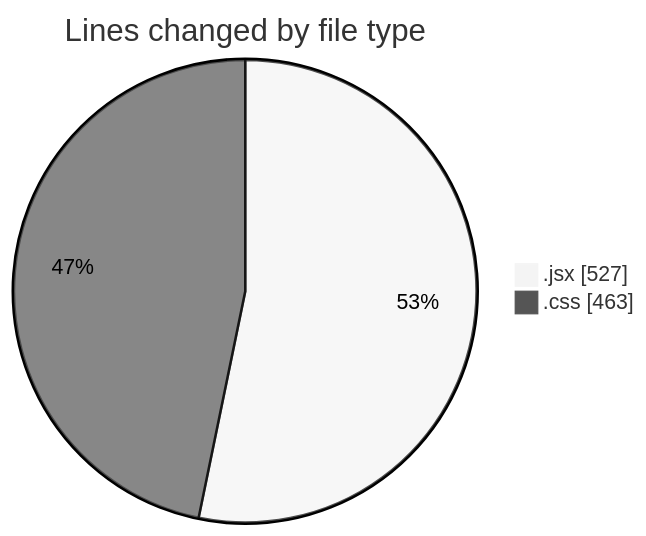
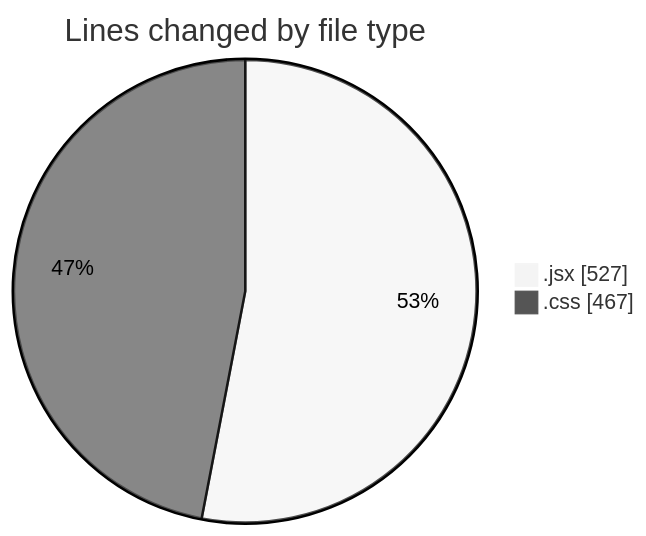
Before and after one commit to BS-eng2023/code-tracking: the first of 2 diagrams in 2025-05-08/recipe-app/README.md, drawn with Mermaid (neutral theme). The commit also changed other lines of this file and 1 other file, not shown here.

````diff
--- a/2025-05-08/recipe-app/README.md
+++ b/2025-05-08/recipe-app/README.md
@@ -23,6 +23,6 @@
 ```mermaid
 pie showData
 title Lines changed by file type
 ".jsx" : 527
-".css" : 463
+".css" : 467
 ```
````
